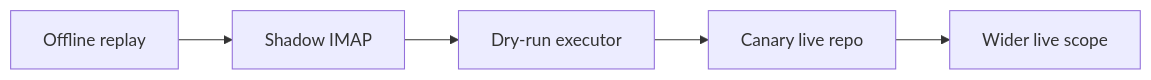
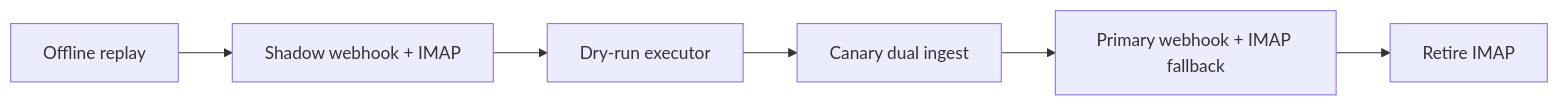
Before and after one commit to gisce/github-agent-bridge: the second of 2 diagrams in README.md, drawn with Mermaid. The commit also changed other lines of this file and 8 other files, not shown here.

````diff
--- a/README.md
+++ b/README.md
@@ -157,7 +162,8 @@
 ```mermaid
 flowchart LR
-    A[Offline replay] --> B[Shadow IMAP]
+    A[Offline replay] --> B[Shadow webhook + IMAP]
     B --> C[Dry-run executor]
-    C --> D[Canary live repo]
-    D --> E[Wider live scope]
+    C --> D[Canary dual ingest]
+    D --> E[Primary webhook + IMAP fallback]
+    E --> F[Retire IMAP]
 ```
````
